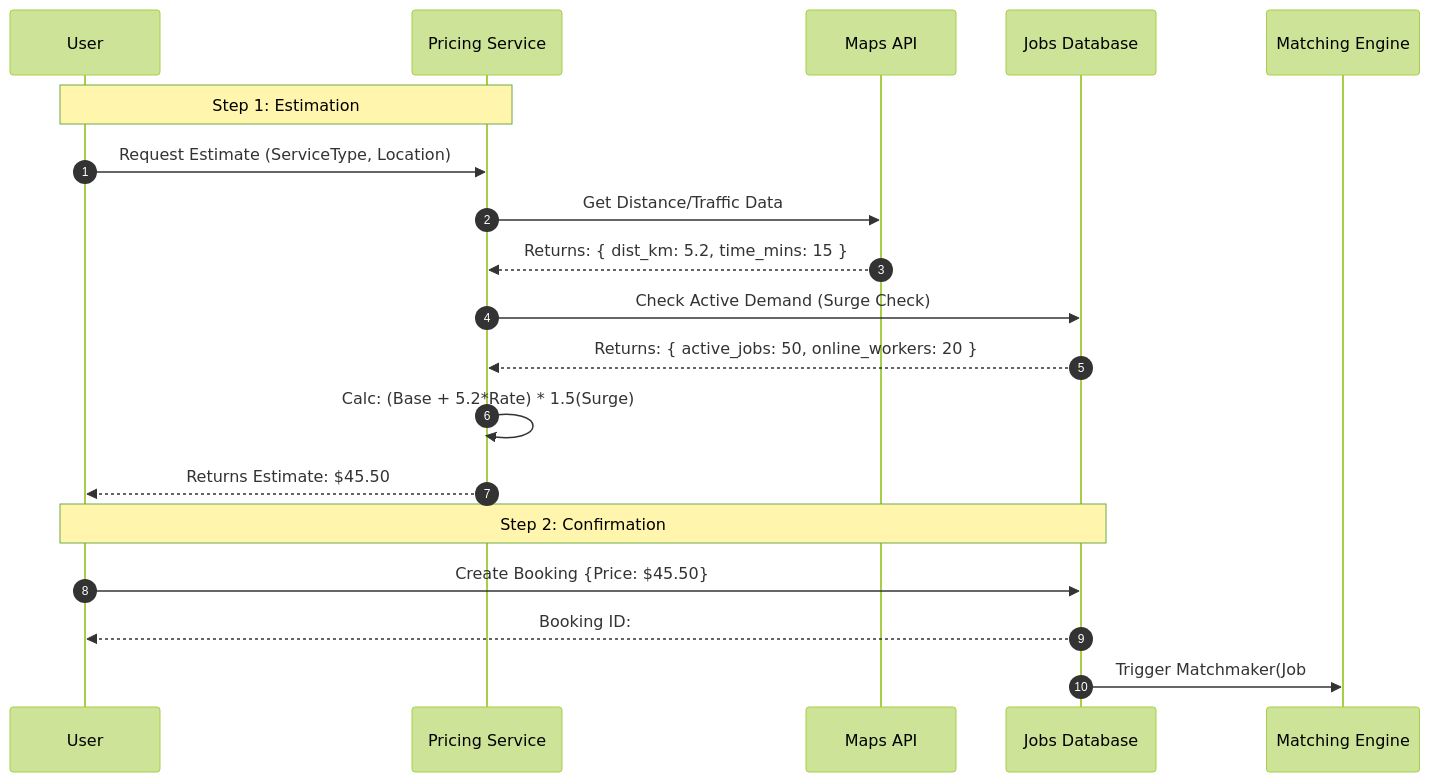
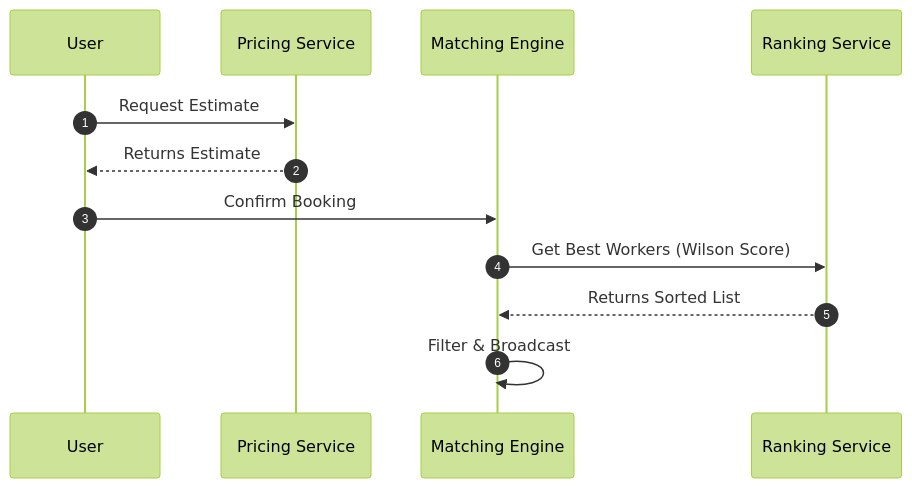
The second of 4 diagrams in docs_detailed_flows/detailed/DATA_FLOW_DIAGRAMS.md (Somilg11/oddigo-v2), drawn with Mermaid (forest theme) before and after one commit. The commit also changed other lines of this file and 4 other files, not shown here.

````diff
--- a/docs_detailed_flows/detailed/DATA_FLOW_DIAGRAMS.md
+++ b/docs_detailed_flows/detailed/DATA_FLOW_DIAGRAMS.md
@@ -49,24 +32,16 @@
 ```mermaid
 sequenceDiagram
     autonumber
     participant User
     participant PricingEngine as Pricing Service
-    participant Maps as Maps API
-    participant DB as Jobs Database
     participant Match as Matching Engine
+    participant Rank as Ranking Service
 
-    Note over User, PricingEngine: Step 1: Estimation
-    User->>PricingEngine: Request Estimate (ServiceType, Location)
-    PricingEngine->>Maps: Get Distance/Traffic Data
-    Maps-->>PricingEngine: Returns: { dist_km: 5.2, time_mins: 15 }
-    PricingEngine->>DB: Check Active Demand (Surge Check)
-    DB-->>PricingEngine: Returns: { active_jobs: 50, online_workers: 20 }
+    User->>PricingEngine: Request Estimate
+    PricingEngine-->>User: Returns Estimate
     
-    PricingEngine->>PricingEngine: Calc: (Base + 5.2*Rate) * 1.5(Surge)
-    PricingEngine-->>User: Returns Estimate: $45.50
-
-    Note over User, DB: Step 2: Confirmation
-    User->>DB: Create Booking {Price: $45.50}
-    DB-->>User: Booking ID: #998877
-    DB->>Match: Trigger Matchmaker(Job #998877)
+    User->>Match: Confirm Booking
+    Match->>Rank: Get Best Workers (Wilson Score)
+    Rank-->>Match: Returns Sorted List
+    Match->>Match: Filter & Broadcast
 ```
````
